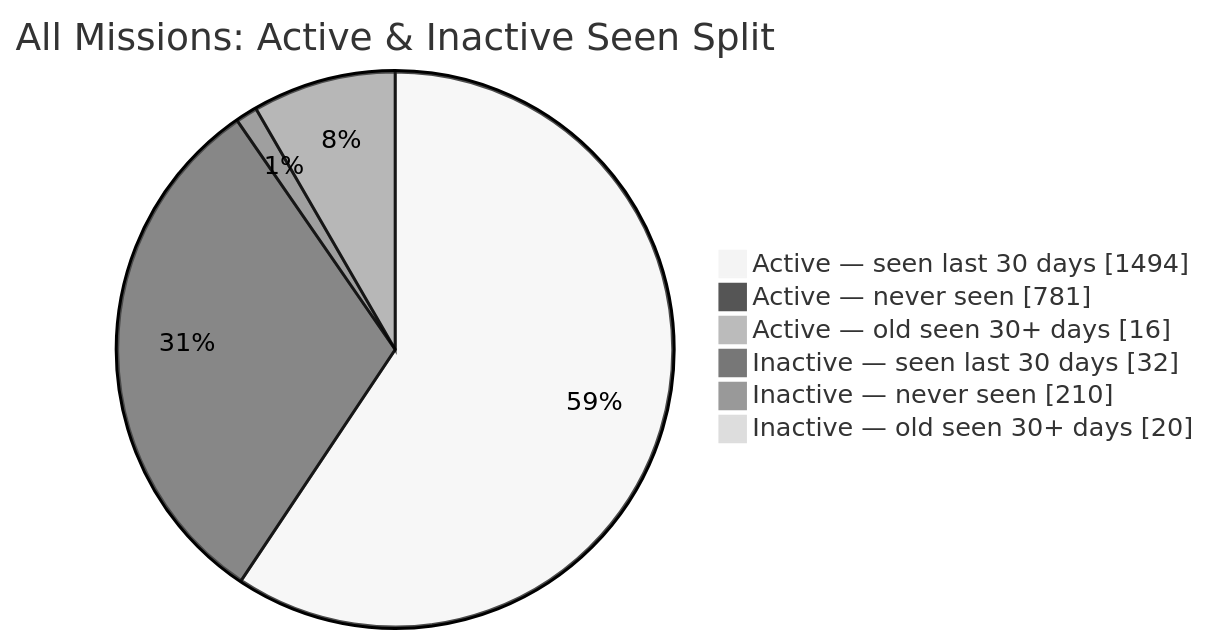
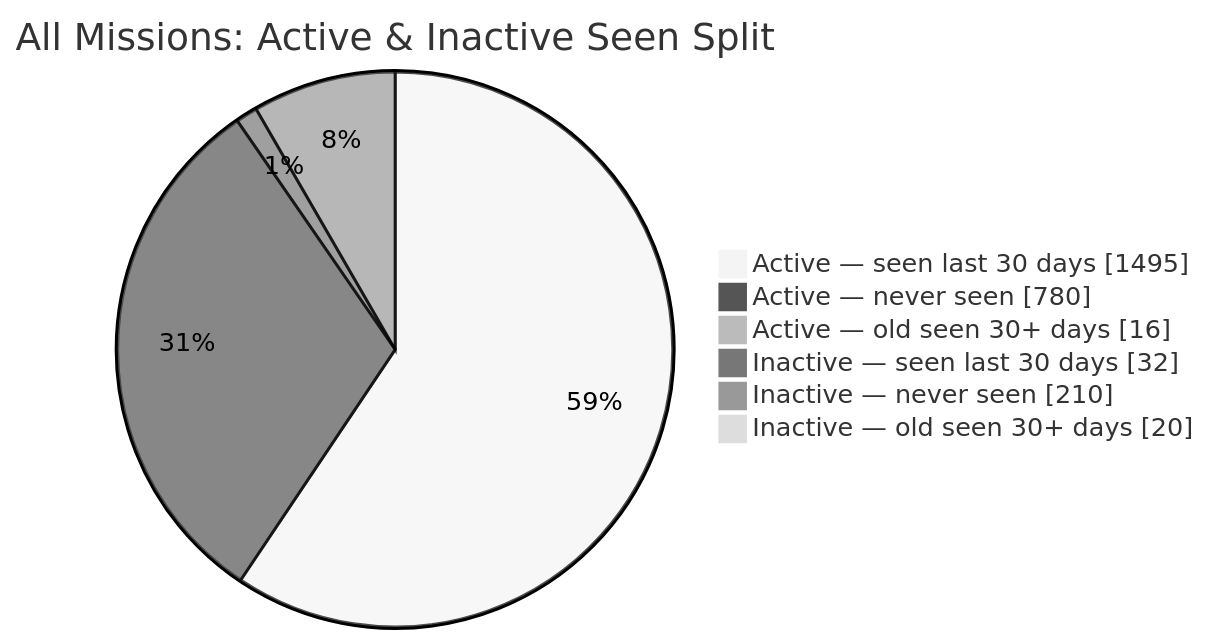
One commit to MeldkamerspelGameTeam/active-missions changed the second of 2 diagrams in README.md. Above: the diagram before and after it, drawn with Mermaid (neutral theme). The commit also changed other lines of this file and 2 other files, not shown here.

````diff
--- a/README.md
+++ b/README.md
@@ -44,10 +44,10 @@
 ```mermaid
 pie showData
     title All Missions: Active & Inactive Seen Split
-    "Active — seen last 30 days" : 1494
-    "Active — never seen" : 781
+    "Active — seen last 30 days" : 1495
+    "Active — never seen" : 780
     "Active — old seen 30+ days" : 16
     "Inactive — seen last 30 days" : 32
     "Inactive — never seen" : 210
     "Inactive — old seen 30+ days" : 20
 ```
````
